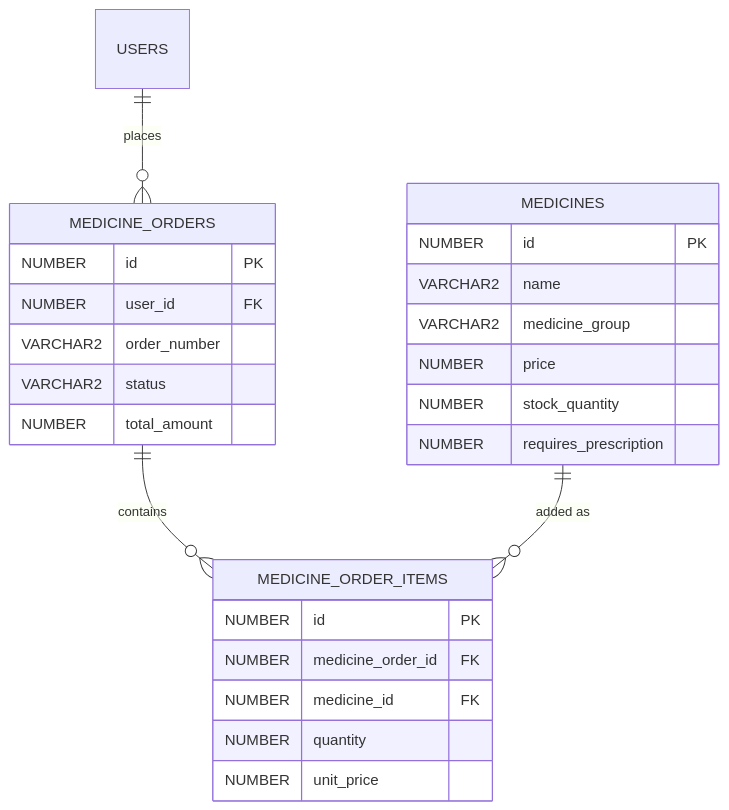
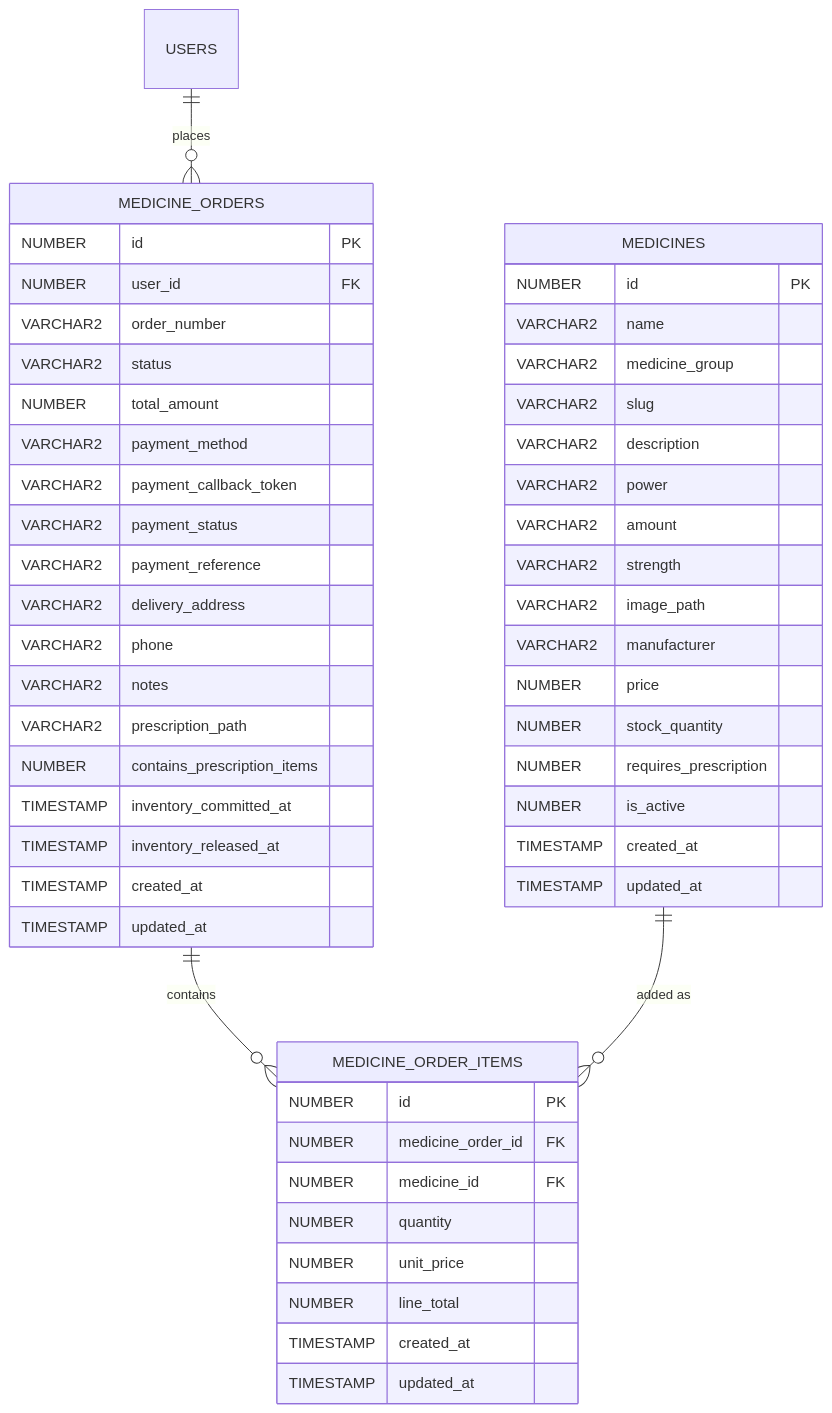
The third of 5 diagrams in ER_DIAGRAMS.md (AbirHasanArko/hellomed-db-legacy), drawn with Mermaid before and after one commit. The commit also changed other lines of this file, not shown here.

Commit message:
Update ER diagrams with full 1:1 column mapping from Oracle schema

````diff
--- a/ER_DIAGRAMS.md
+++ b/ER_DIAGRAMS.md
@@ -130,29 +238,55 @@
 ```mermaid
 erDiagram
     MEDICINES {
         NUMBER id PK
         VARCHAR2 name
         VARCHAR2 medicine_group
+        VARCHAR2 slug
+        VARCHAR2 description
+        VARCHAR2 power
+        VARCHAR2 amount
+        VARCHAR2 strength
+        VARCHAR2 image_path
+        VARCHAR2 manufacturer
         NUMBER price
         NUMBER stock_quantity
         NUMBER requires_prescription
+        NUMBER is_active
+        TIMESTAMP created_at
+        TIMESTAMP updated_at
     }
     MEDICINE_ORDERS {
         NUMBER id PK
         NUMBER user_id FK
         VARCHAR2 order_number
         VARCHAR2 status
         NUMBER total_amount
+        VARCHAR2 payment_method
+        VARCHAR2 payment_callback_token
+        VARCHAR2 payment_status
+        VARCHAR2 payment_reference
+        VARCHAR2 delivery_address
+        VARCHAR2 phone
+        VARCHAR2 notes
+        VARCHAR2 prescription_path
+        NUMBER contains_prescription_items
+        TIMESTAMP inventory_committed_at
+        TIMESTAMP inventory_released_at
+        TIMESTAMP created_at
+        TIMESTAMP updated_at
     }
     MEDICINE_ORDER_ITEMS {
         NUMBER id PK
         NUMBER medicine_order_id FK
         NUMBER medicine_id FK
         NUMBER quantity
         NUMBER unit_price
+        NUMBER line_total
+        TIMESTAMP created_at
+        TIMESTAMP updated_at
     }
 
     USERS ||--o{ MEDICINE_ORDERS : "places"
     MEDICINE_ORDERS ||--o{ MEDICINE_ORDER_ITEMS : "contains"
     MEDICINES ||--o{ MEDICINE_ORDER_ITEMS : "added as"
 ```
````
